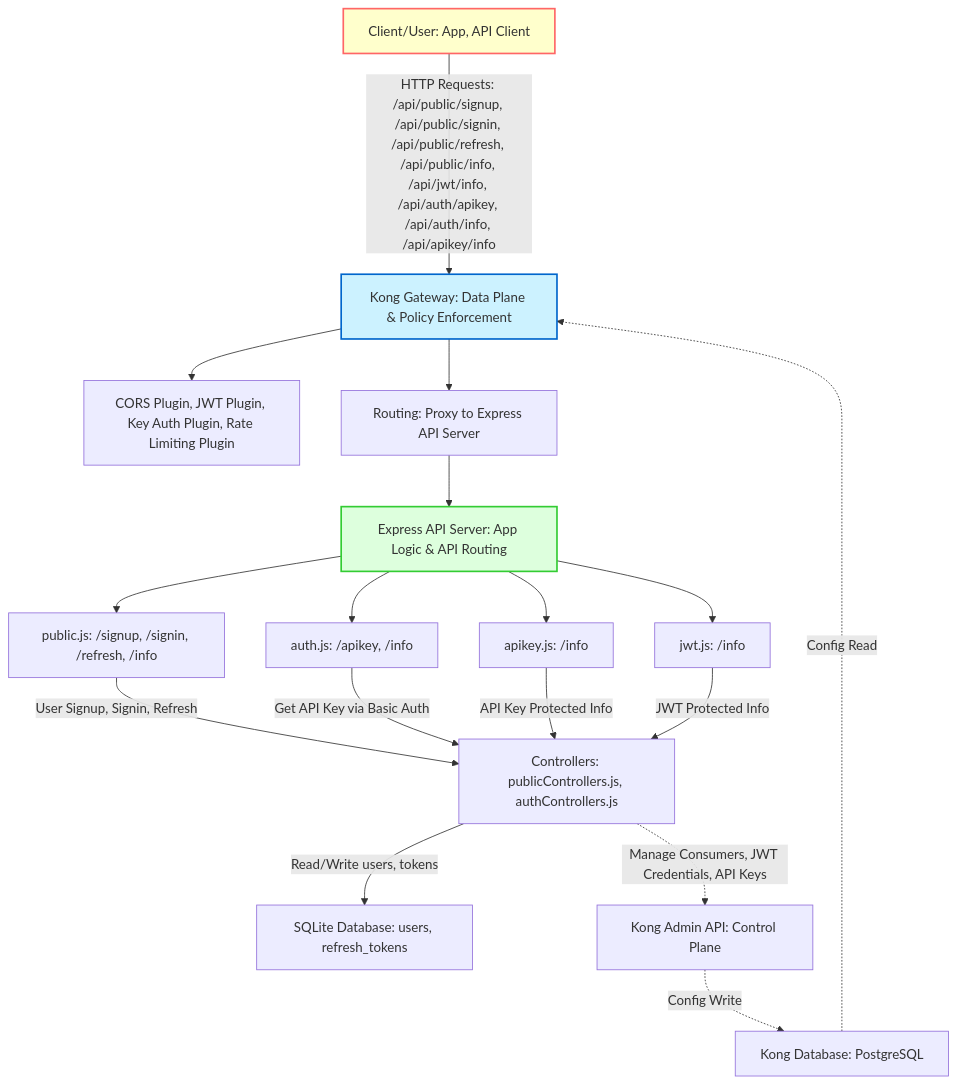
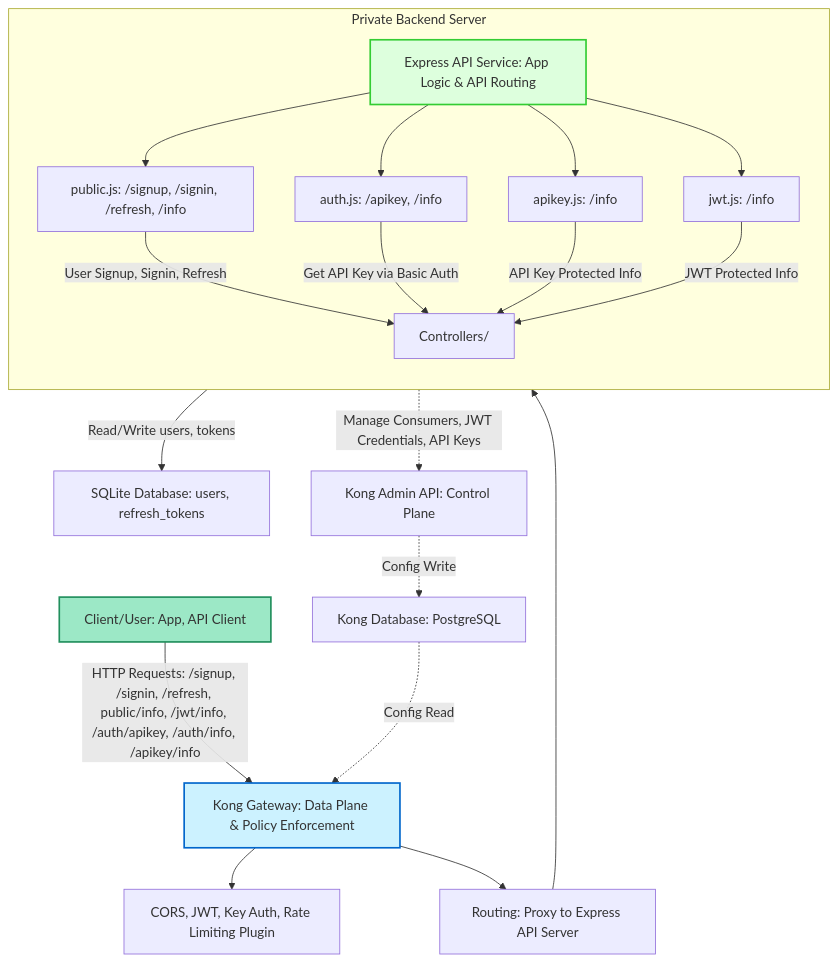
The diagram in asset/AppArch.md (Neit272/API-Security-with-API-Gateway-Management), drawn with Mermaid before and after one commit. The commit also changed 1 other file, not shown here.

Commit message:
Update architect

````diff
--- a/asset/AppArch.md
+++ b/asset/AppArch.md
@@ -1,62 +1,65 @@
 ```mermaid
 flowchart TD
-    style A fill:#ffffcc,stroke:#ff6666,stroke-width:2px
+    style A fill:#9CE8C6,stroke:#218F5D,stroke-width:2px
     style B fill:#ccf2ff,stroke:#0066cc,stroke-width:2px
     style C fill:#ddffdd,stroke:#33cc33,stroke-width:2px
 
     A[Client/User: App, API Client]
 
     %% Kong Gateway Layer (Data Plane)
     B[Kong Gateway: Data Plane & Policy Enforcement]
-    Bsub1[CORS Plugin, JWT Plugin, Key Auth Plugin, Rate Limiting Plugin]
+    Bsub1[CORS, JWT, Key Auth, Rate Limiting Plugin]
     Bsub2[Routing: Proxy to Express API Server]
 
     %% Express API Server Layer
-    C[Express API Server: App Logic & API Routing]
-    C1[public.js: /signup, /signin, /refresh, /info]
-    C2[auth.js: /apikey, /info]
-    C3[apikey.js: /info]
-    C4[jwt.js: /info]
-    C5[Controllers: publicControllers.js, authControllers.js]
+    subgraph ServerLayer [Private Backend Server]
+        direction TB
+        C[Express API Service: App Logic & API Routing]
+        C1[public.js: /signup, /signin, /refresh, /info]
+        C2[auth.js: /apikey, /info]
+        C3[apikey.js: /info]
+        C4[jwt.js: /info]
+        C5[Controllers/]
+    end
 
     %% Data Store
     D[SQLite Database: users, refresh_tokens]
 
     %% Kong Admin API & DB (Control Plane)
     E[Kong Admin API: Control Plane]
     F[Kong Database: PostgreSQL]
 
     %% Connections: Client to Kong Gateway
-    A -->|HTTP Requests: /api/public/signup, /api/public/signin, /api/public/refresh, /api/public/info, /api/jwt/info, /api/auth/apikey, /api/auth/info, /api/apikey/info| B
+    A -->|HTTP Requests: /signup, /signin, /refresh, public/info, /jwt/info, /auth/apikey, /auth/info, /apikey/info| B
 
     %% Kong Gateway Plugins
     B --> Bsub1
     B --> Bsub2
 
     %% Routing to Express API Server
-    Bsub2 --> C
+    Bsub2 --> ServerLayer
 
     %% Express API Server Routes
     C --> C1
     C --> C2
     C --> C3
     C --> C4
 
     %% Controllers Handle Logic
     C1 -->|User Signup, Signin, Refresh| C5
     C2 -->|Get API Key via Basic Auth| C5
     C3 -->|API Key Protected Info| C5
     C4 -->|JWT Protected Info| C5
 
     %% Database Interactions
     C5 -->|Read/Write users, tokens| D
 
     %% Control Plane: API Server Configures Kong via Admin API
     C5 -.->|Manage Consumers, JWT Credentials, API Keys| E
 
     %% Kong Admin API Writes Config to Kong Database
     E -.->|Config Write| F
 
     %% Kong Gateway Reads Config from Kong Database
     F -.->|Config Read| B
 ```
````
